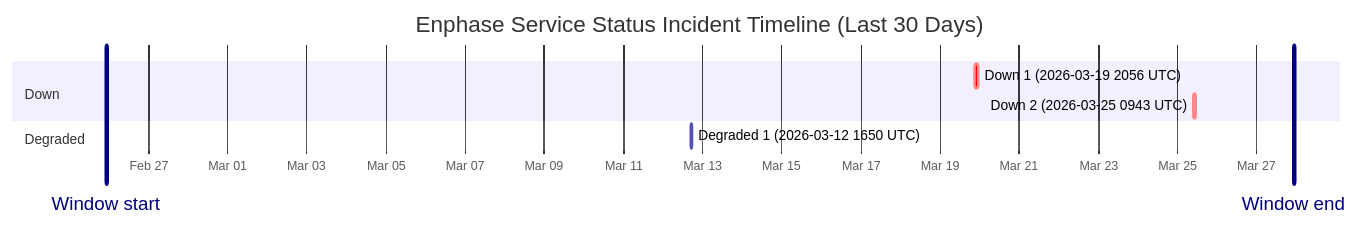
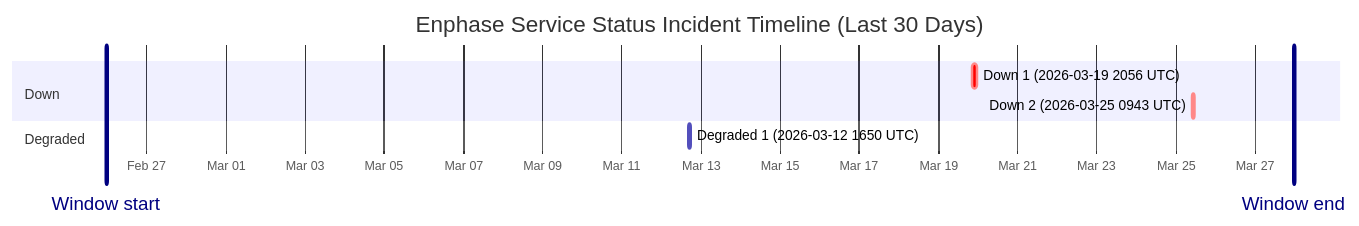
Before and after one commit to barneyonline/ha-enphase-ev-charger: the diagram in wiki/Service-Status-History.md, drawn with Mermaid. The commit also changed other lines of this file and 3 other files, not shown here.

````diff
--- a/wiki/Service-Status-History.md
+++ b/wiki/Service-Status-History.md
@@ -14,13 +14,13 @@
 ```mermaid
 gantt
     title Enphase Service Status Incident Timeline (Last 30 Days)
     dateFormat  YYYY-MM-DDTHH:mm:ss
     axisFormat  %b %d
-    Window start :vert, window-start, 2026-02-25T22:22:23, 0ms
-    Window end :vert, window-end, 2026-03-27T22:22:23, 0ms
+    Window start :vert, window-start, 2026-02-25T23:23:17, 0ms
+    Window end :vert, window-end, 2026-03-27T23:23:17, 0ms
     section Down
     Down 1 (2026-03-19 2056 UTC) :crit, down-1, 2026-03-19T20:56:20, 145m
     Down 2 (2026-03-25 0943 UTC) :crit, down-2, 2026-03-25T09:43:28, 111m
     section Degraded
     Degraded 1 (2026-03-12 1650 UTC) :active, degraded-1, 2026-03-12T16:50:43, 60m
 ```
````
